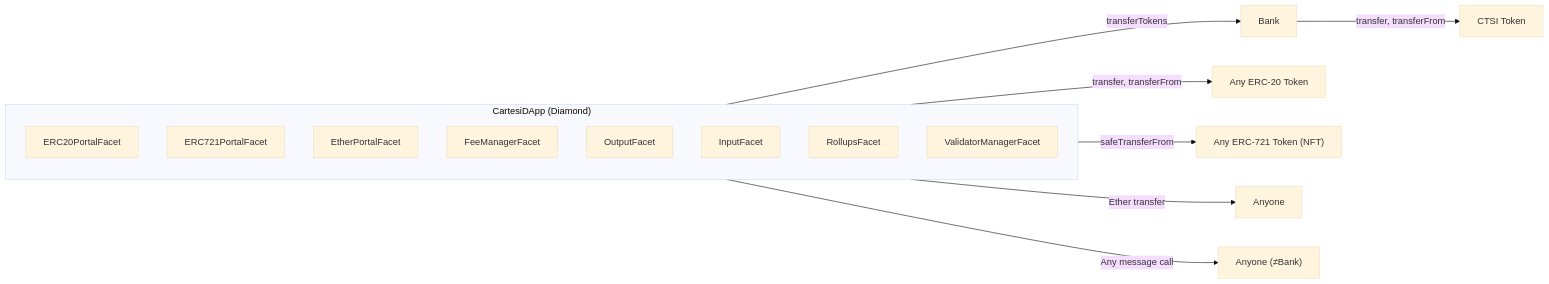
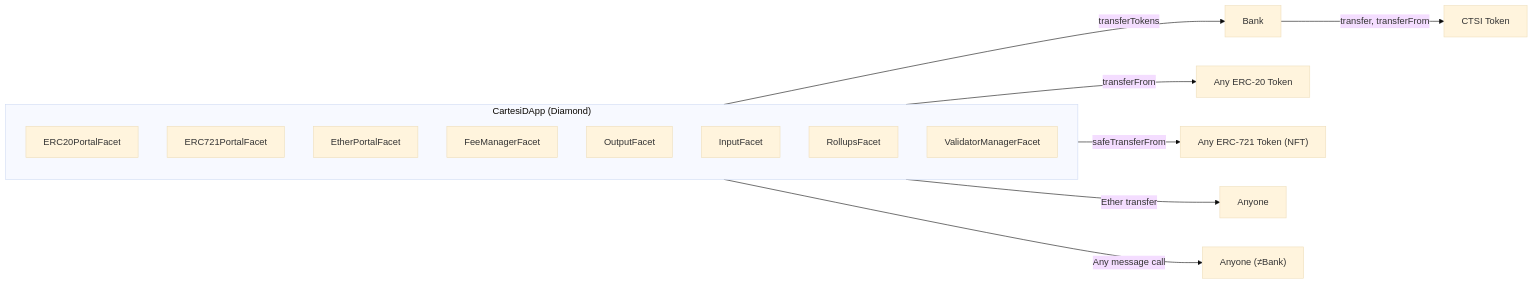
One commit to dapp-dragonxmlp09/rollups-contracts changed the diagram in README.md. Above: the diagram before and after it, drawn with Mermaid (base theme).

````diff
--- a/README.md
+++ b/README.md
@@ -28,23 +28,23 @@
 ```mermaid
 graph LR
     subgraph "CartesiDApp (Diamond)"
         direction TB
         ERC20PortalFacet
         ERC721PortalFacet
         EtherPortalFacet
         FeeManagerFacet
         OutputFacet
         InputFacet
         RollupsFacet
         ValidatorManagerFacet
     end
     Bank -- transfer, transferFrom --> CTSI["CTSI Token"]
-    ERC20PortalFacet -- transfer, transferFrom --> ERC20["Any ERC-20 Token"]
+    ERC20PortalFacet -- transferFrom --> ERC20["Any ERC-20 Token"]
     ERC721PortalFacet -- safeTransferFrom --> ERC721["Any ERC-721 Token (NFT)"]
     EtherPortalFacet -- Ether transfer --> Anyone
     FeeManagerFacet -- transferTokens --> Bank
     OutputFacet -- "Any message call" --> AnyoneButBank["Anyone (#ne;Bank)"]
     click ERC20 href "https://eips.ethereum.org/EIPS/eip-20"
     click ERC721 href "https://eips.ethereum.org/EIPS/eip-721"
     click CTSI href "https://cartesi.io/en/ctsi-token"
 ```
````
